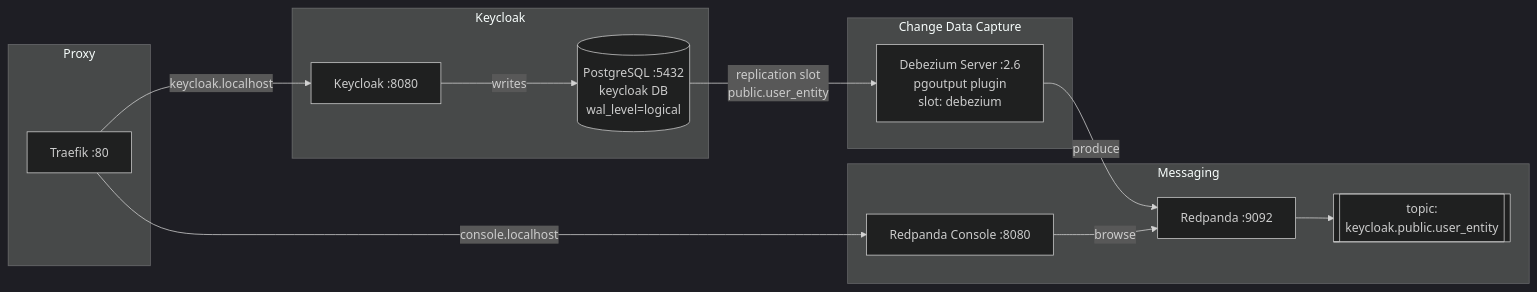
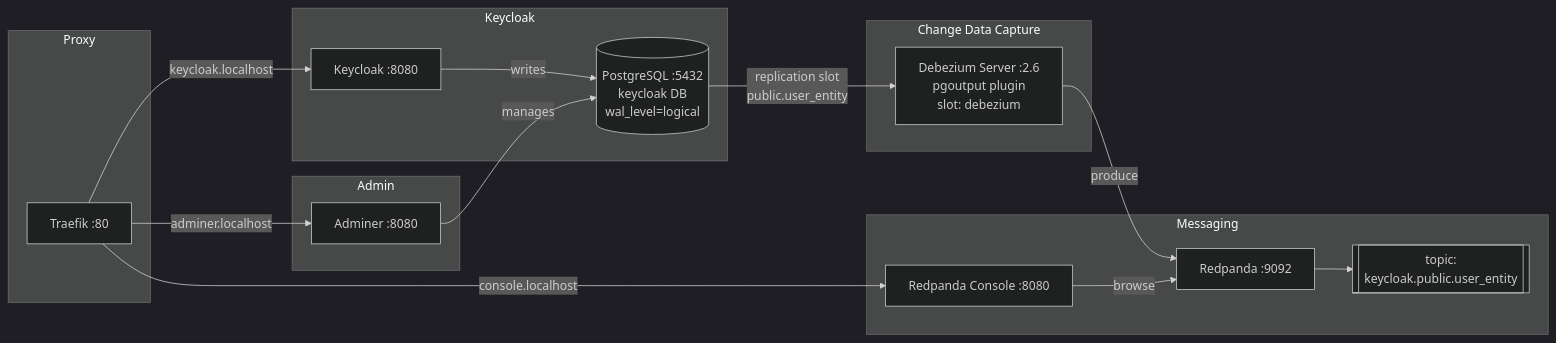
One commit to mmalessa/small-ecosystem changed the diagram in README.md. Above: the diagram before and after it, drawn with Mermaid (dark theme). The commit also changed other lines of this file and 2 other files, not shown here.

Commit message:
Add Adminer

````diff
--- a/README.md
+++ b/README.md
@@ -9,29 +9,35 @@
 ```mermaid
 flowchart LR
     subgraph Proxy
         TR[Traefik :80]
     end
 
     subgraph Keycloak
         KC[Keycloak :8080]
         PG[(PostgreSQL :5432\nkeycloak DB\nwal_level=logical)]
         KC -- writes --> PG
+    end
+
+    subgraph Admin
+        ADM[Adminer :8080]
+        ADM -- manages --> PG
     end
 
     subgraph CDC["Change Data Capture"]
         DBZ[Debezium Server :2.6\npgoutput plugin\nslot: debezium]
         PG -- replication slot\npublic.user_entity --> DBZ
     end
 
     subgraph Messaging
         RP[Redpanda :9092]
         TOPIC[[topic:\nkeycloak.public.user_entity]]
         CON[Redpanda Console :8080]
         DBZ -- produce --> RP
         RP --> TOPIC
         CON -- browse --> RP
     end
 
     TR -- keycloak.localhost --> KC
     TR -- console.localhost --> CON
+    TR -- adminer.localhost --> ADM
 ```
````
